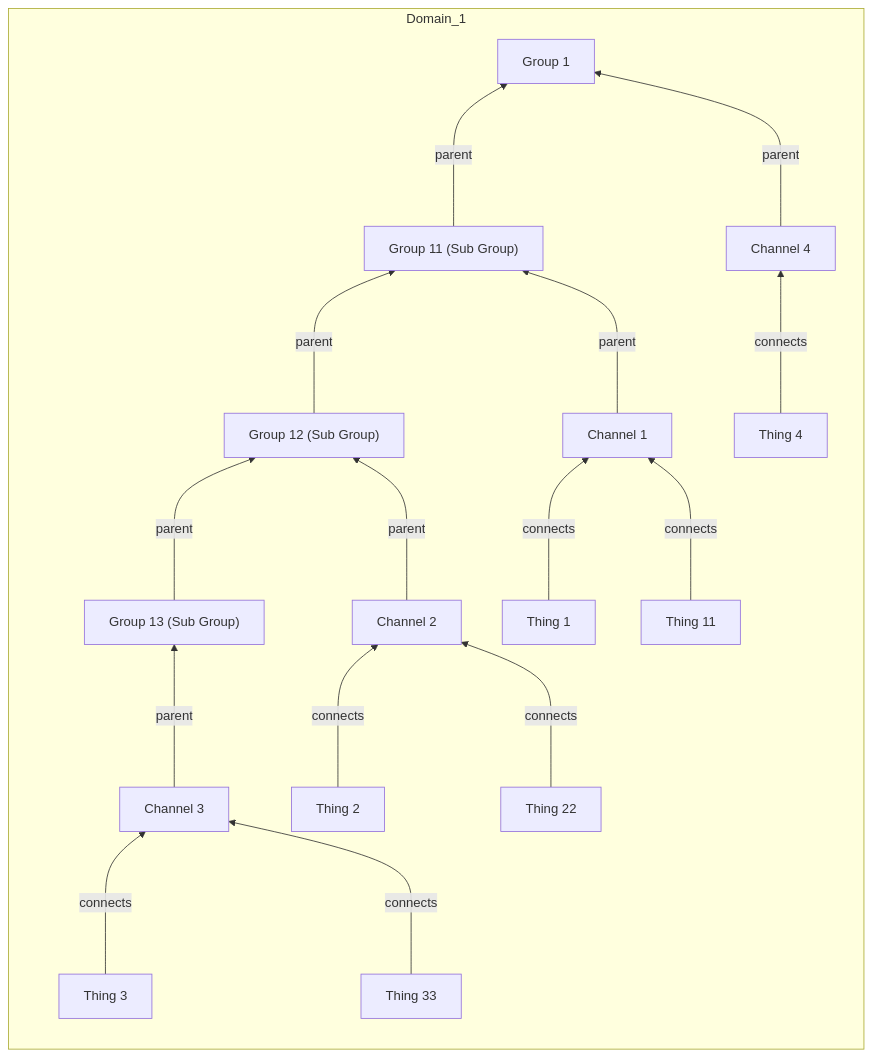
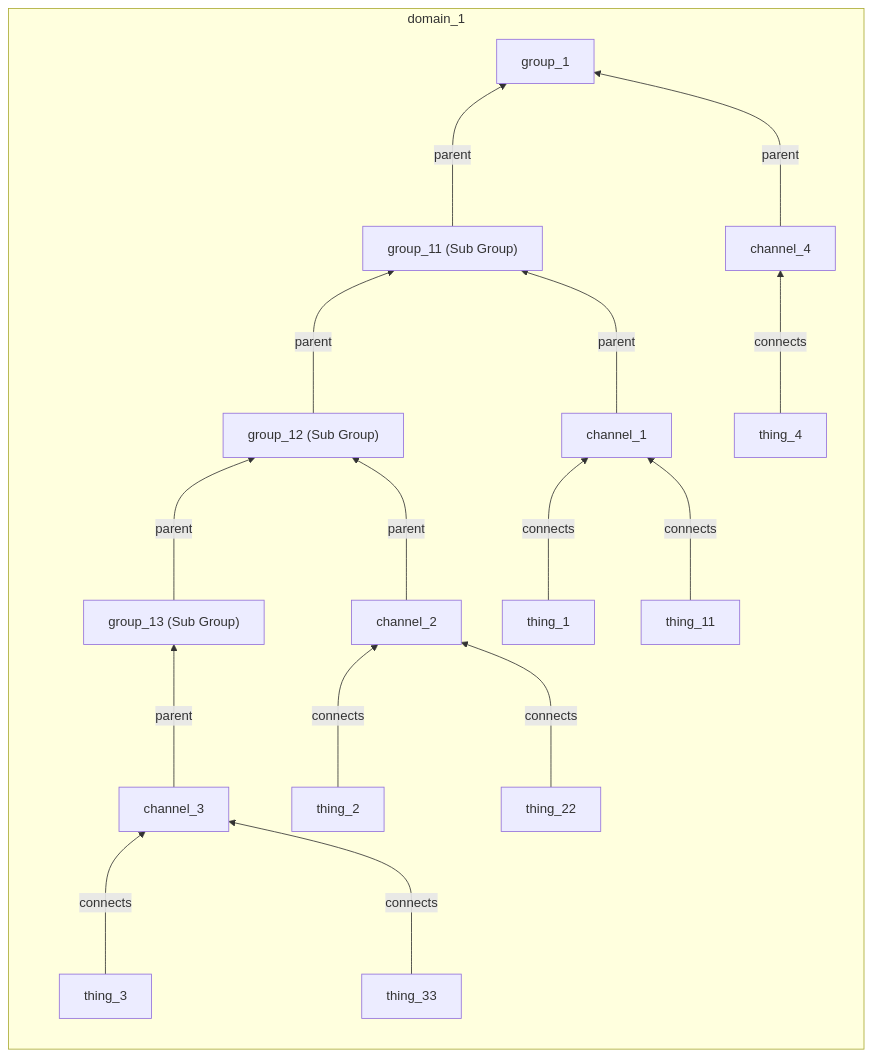
One commit to absmach/magistrala-docs changed the eighth of 8 diagrams in docs/authorization.md. Above: the diagram before and after it, drawn with Mermaid. The commit also changed other lines of this file and 24 other files, not shown here.

````diff
--- a/docs/authorization.md
+++ b/docs/authorization.md
@@ -372,46 +249,46 @@
 ```mermaid
 graph
-  subgraph Domain_1
+  subgraph domain_1
     direction BT
 
-    Gr1["Group 1"]
+    Gr1["group_1"]
 
-    Gr11["Group 11 (Sub Group)"]
-    Gr12["Group 12 (Sub Group)"]
-    Gr13["Group 13 (Sub Group)"]
+    Gr11["group_11 (Sub Group)"]
+    Gr12["group_12 (Sub Group)"]
+    Gr13["group_13 (Sub Group)"]
 
 
-    Th1["Thing 1"]
-    Th11["Thing 11"]
-    Th2["Thing 2"]
-    Th22["Thing 22"]
-    Th3["Thing 3"]
-    Th33["Thing 33"]
-    Th4["Thing 4"]
+    Th1["thing_1"]
+    Th2["thing_2"]
+    Th3["thing_3"]
+    Th4["thing_4"]
+    Th11["thing_11"]
+    Th22["thing_22"]
+    Th33["thing_33"]
 
-    Ch1["Channel 1"]
-    Ch2["Channel 2"]
-    Ch3["Channel 3"]
-    Ch4["Channel 4"]
+    Ch1["channel_1"]
+    Ch2["channel_2"]
+    Ch3["channel_3"]
+    Ch4["channel_4"]
 
     Gr11 --->|parent| Gr1
     Ch4 --->|parent| Gr1
     Gr12 --->|parent| Gr11
     Gr13 --->|parent| Gr12
 
     Ch1 --->|parent| Gr11
     Ch2 --->|parent| Gr12
     Ch3 --->|parent| Gr13
 
 
     Th1 --->|connects| Ch1
     Th11 --->|connects| Ch1
 
     Th2 --->|connects| Ch2
     Th22 --->|connects| Ch2
     Th3 --->|connects| Ch3
     Th33 --->|connects| Ch3
     Th4 --->|connects| Ch4
 
   end
 ```
````
